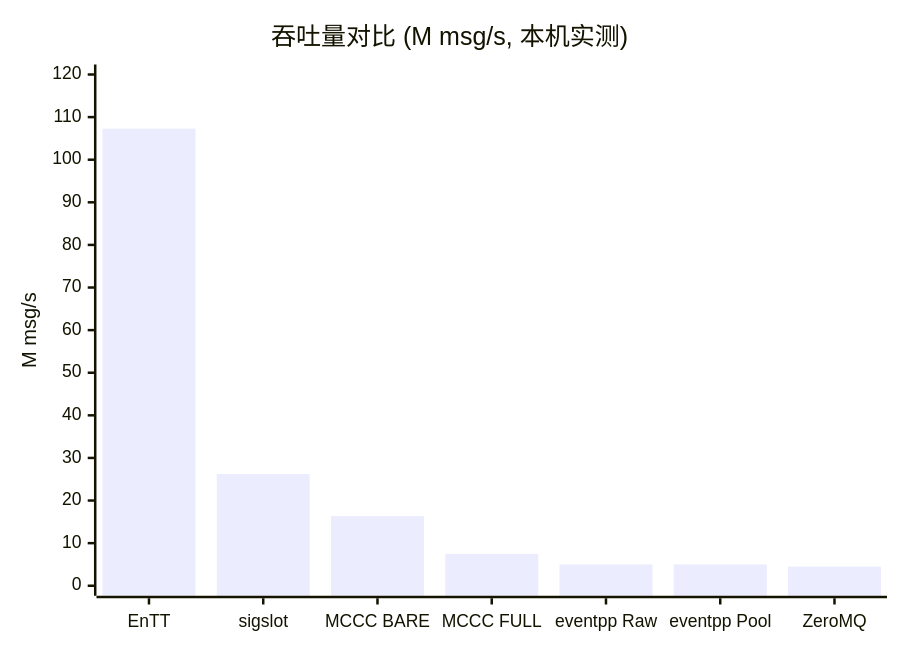
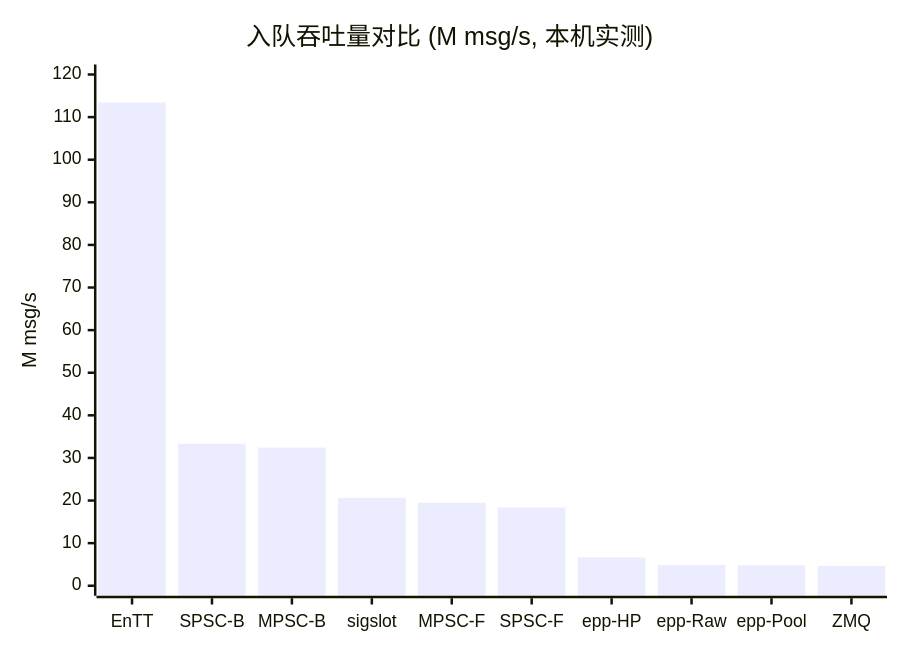
The first of 3 diagrams in docs/competitive_analysis.md (DeguiLiu/mccc), drawn with Mermaid before and after one commit. The commit also changed other lines of this file and 20 other files, not shown here.

````diff
--- a/docs/competitive_analysis.md
+++ b/docs/competitive_analysis.md
@@ -115,7 +135,7 @@
 ```mermaid
 xychart-beta
-    title "吞吐量对比 (M msg/s, 本机实测)"
-    x-axis ["EnTT", "sigslot", "MCCC BARE", "MCCC FULL", "eventpp Raw", "eventpp Pool", "ZeroMQ"]
+    title "入队吞吐量对比 (M msg/s, 本机实测)"
+    x-axis ["EnTT", "SPSC-B", "MPSC-B", "sigslot", "MPSC-F", "SPSC-F", "epp-HP", "epp-Raw", "epp-Pool", "ZMQ"]
     y-axis "M msg/s" 0 --> 120
-    bar [107.29, 26.21, 16.34, 7.48, 5.00, 5.01, 4.51]
+    bar [113.43, 33.32, 32.44, 20.62, 19.49, 18.36, 6.63, 4.85, 4.79, 4.65]
 ```
````
